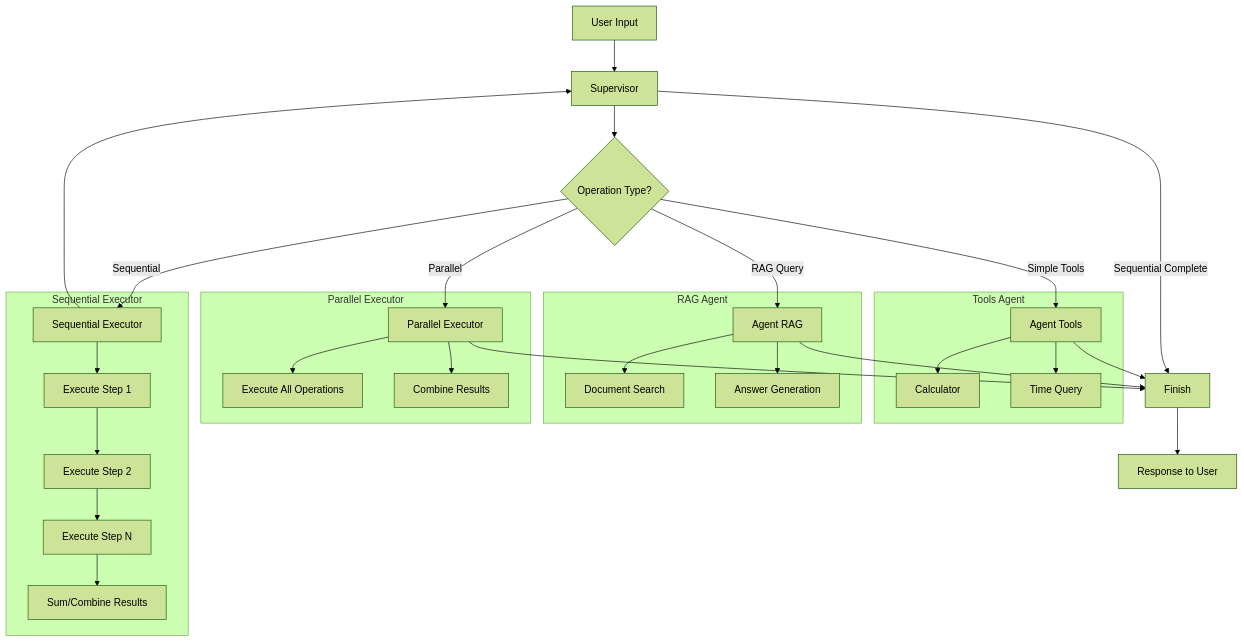
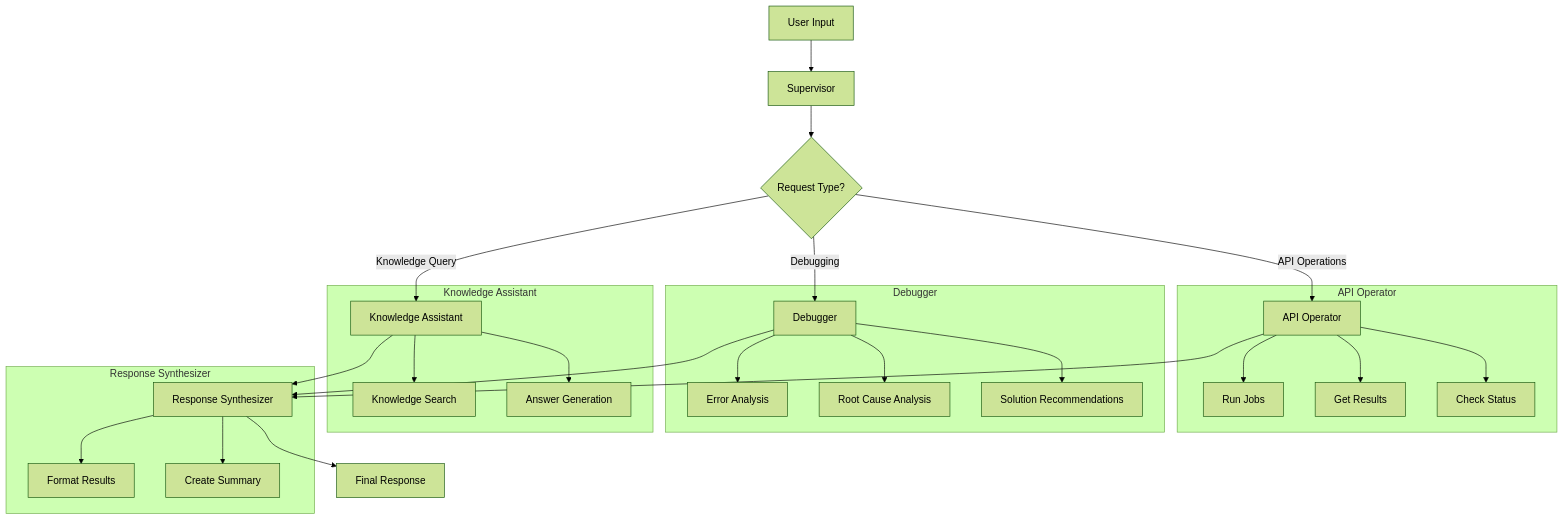
The diagram in README.md (juanje/multi-agent-api-debugger), drawn with Mermaid (forest theme) before and after one commit. The commit also changed other lines of this file and 36 other files, not shown here.

Commit message:
Change to the new architecture. Initial commit

````diff
--- a/README.md
+++ b/README.md
@@ -80,40 +96,37 @@
 ```mermaid
 graph TD
     A[User Input] --> B[Supervisor]
-    B --> C{Operation Type?}
+    B --> C{Request Type?}
     
-    C -->|Simple Tools| D[Agent Tools]
-    C -->|RAG Query| E[Agent RAG]
-    C -->|Parallel| F[Parallel Executor]
-    C -->|Sequential| G[Sequential Executor]
+    C -->|API Operations| D[API Operator]
+    C -->|Debugging| E[Debugger]
+    C -->|Knowledge Query| F[Knowledge Assistant]
     
-    D --> H[Finish]
-    E --> H
-    F --> H
-    G --> B
+    D --> G[Response Synthesizer]
+    E --> G
+    F --> G
     
-    B -->|Sequential Complete| H
-    H --> I[Response to User]
+    G --> H[Final Response]
     
-    subgraph "Tools Agent"
-        D --> D1[Calculator]
-        D --> D2[Time Query]
+    subgraph "API Operator"
+        D --> D1[Run Jobs]
+        D --> D2[Get Results]
+        D --> D3[Check Status]
     end
     
-    subgraph "RAG Agent"
-        E --> E1[Document Search]
-        E --> E2[Answer Generation]
+    subgraph "Debugger"
+        E --> E1[Error Analysis]
+        E --> E2[Root Cause Analysis]
+        E --> E3[Solution Recommendations]
     end
     
-    subgraph "Parallel Executor"
-        F --> F1[Execute All Operations]
-        F --> F2[Combine Results]
+    subgraph "Knowledge Assistant"
+        F --> F1[Knowledge Search]
+        F --> F2[Answer Generation]
     end
     
-    subgraph "Sequential Executor"
-        G --> G1[Execute Step 1]
-        G1 --> G2[Execute Step 2]
-        G2 --> G3[Execute Step N]
-        G3 --> G4[Sum/Combine Results]
+    subgraph "Response Synthesizer"
+        G --> G1[Format Results]
+        G --> G2[Create Summary]
     end
 ```
````
